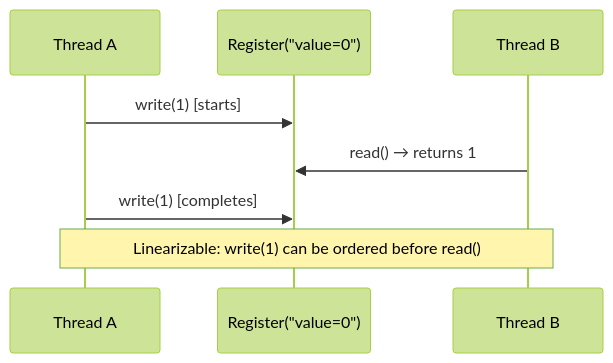
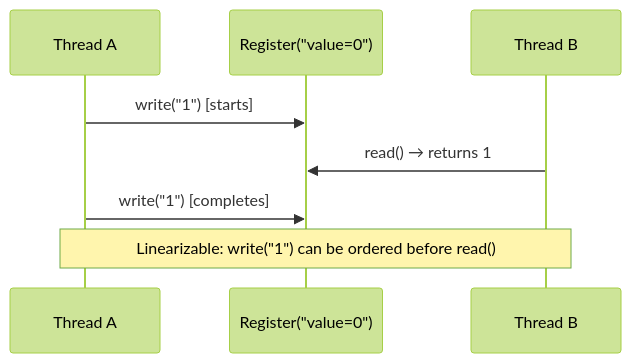
Before and after one commit to pploc/swe-icon-the-moment: the diagram in content/questions/fundamentals/linearizability.md, drawn with Mermaid (forest theme). The commit also changed 138 other files, not shown here.

````diff
--- a/content/questions/fundamentals/linearizability.md
+++ b/content/questions/fundamentals/linearizability.md
@@ -22,11 +22,12 @@
 ```mermaid
 sequenceDiagram
     participant A as Thread A
     participant R as Register("value=0")
     participant B as Thread B
-    A->>R: write(1) [starts]
+    A->>R: write("1") [starts]
     B->>R: read() → returns 1
-    A->>R: write(1) [completes]
-    Note over A,B: Linearizable: write(1) can be ordered before read()
+    A->>R: write("1") [completes]
+    Note over A,B: Linearizable: write("1") can be ordered before read()
+
 
 ```
````
